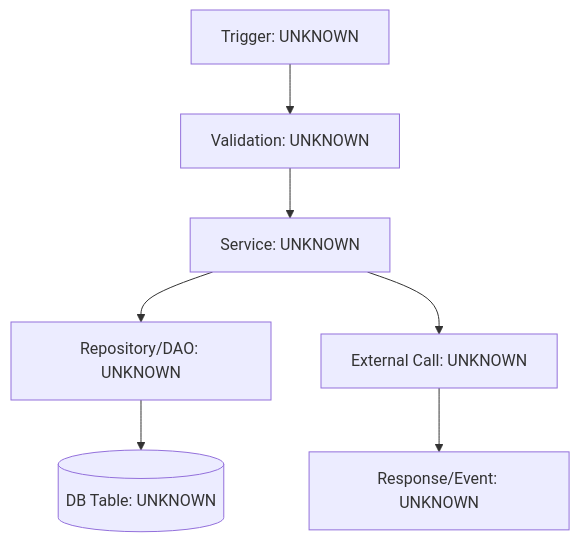
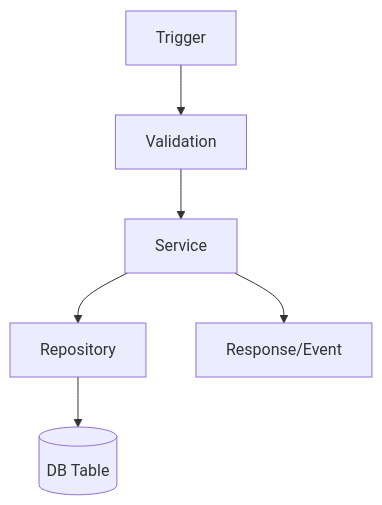
The second of 2 diagrams in templates/global-map-template.md (WangXianan456/repo-global-map), drawn with Mermaid before and after one commit. The commit also changed other lines of this file and 5 other files, not shown here.

Commit message:
docs: improve Obsidian diagram readability

````diff
--- a/templates/global-map-template.md
+++ b/templates/global-map-template.md
@@ -27,9 +46,8 @@
 ```mermaid
 flowchart TD
-A[Trigger: UNKNOWN] --> B[Validation: UNKNOWN]
-B --> C[Service: UNKNOWN]
-C --> D[Repository/DAO: UNKNOWN]
-D --> E[(DB Table: UNKNOWN)]
-C --> F[External Call: UNKNOWN]
-F --> G[Response/Event: UNKNOWN]
+A[Trigger] --> B[Validation]
+B --> C[Service]
+C --> D[Repository]
+D --> E[(DB Table)]
+C --> F[Response/Event]
 ```
````
